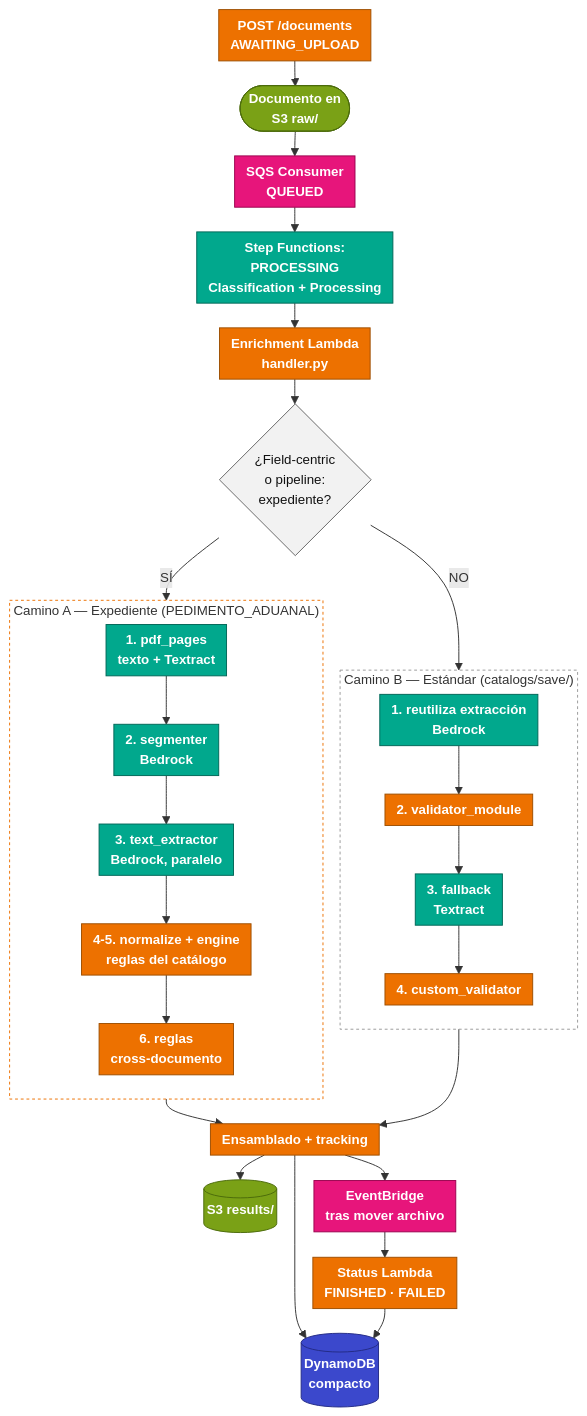
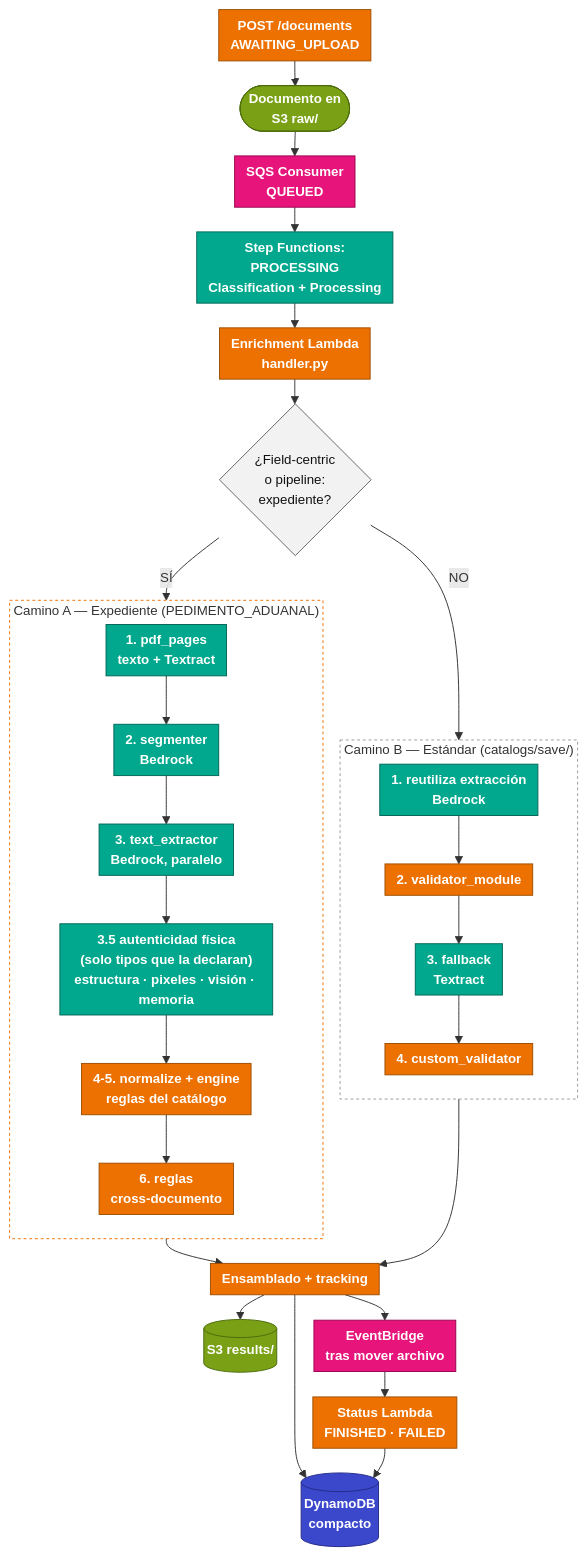
The diagram in documentacion/diagrams/flujo-ejecucion.mmd (LuisHM5/idp), drawn with Mermaid before and after one commit. The commit also changed 58 other files, not shown here.

```diff
--- a/documentacion/diagrams/flujo-ejecucion.mmd
+++ b/documentacion/diagrams/flujo-ejecucion.mmd
@@ -1,48 +1,49 @@
 %%{init: {'flowchart': {'nodeSpacing': 18, 'rankSpacing': 26, 'padding': 6, 'curve': 'basis'}, 'themeVariables': {'fontSize': '14px'}}}%%
 flowchart TD
     REGISTER["POST /documents<br/>AWAITING_UPLOAD"]:::compute --> START(["Documento en<br/>S3 raw/"]):::storage
     START --> QUEUE["SQS Consumer<br/>QUEUED"]:::integration
     QUEUE --> SFNPRE["Step Functions:<br/>PROCESSING<br/>Classification + Processing"]:::ml
     SFNPRE --> H["Enrichment Lambda<br/>handler.py"]:::compute
     H --> DEC{"¿Field-centric<br/>o pipeline:<br/>expediente?"}:::decision
 
     DEC -->|"SÍ"| CAMINOA
     DEC -->|"NO"| CAMINOB
 
     subgraph CAMINOA["Camino A — Expediente (PEDIMENTO_ADUANAL)"]
         direction TB
         P1["1. pdf_pages<br/>texto + Textract"]:::ml
         P2["2. segmenter<br/>Bedrock"]:::ml
         P3["3. text_extractor<br/>Bedrock, paralelo"]:::ml
+        P35["3.5 autenticidad física<br/>(solo tipos que la declaran)<br/>estructura · pixeles · visión · memoria"]:::ml
         P4["4-5. normalize + engine<br/>reglas del catálogo"]:::compute
         P6["6. reglas<br/>cross-documento"]:::compute
-        P1 --> P2 --> P3 --> P4 --> P6
+        P1 --> P2 --> P3 --> P35 --> P4 --> P6
     end
 
     subgraph CAMINOB["Camino B — Estándar (catalogs/save/)"]
         direction TB
         S1["1. reutiliza extracción<br/>Bedrock"]:::ml
         S2["2. validator_module"]:::compute
         S3["3. fallback<br/>Textract"]:::ml
         S4["4. custom_validator"]:::compute
         S1 --> S2 --> S3 --> S4
     end
 
     CAMINOA --> ASM
     CAMINOB --> ASM["Ensamblado + tracking"]:::compute
 
     ASM --> S3R[("S3 results/")]:::storage
     ASM --> DDB[("DynamoDB<br/>compacto")]:::database
     ASM --> EB["EventBridge<br/>tras mover archivo"]:::integration
     EB --> TERMINAL["Status Lambda<br/>FINISHED · FAILED"]:::compute
     TERMINAL --> DDB
 
     classDef compute fill:#ED7100,stroke:#9D4E00,color:#fff,font-weight:bold
     classDef storage fill:#7AA116,stroke:#4B6B0B,color:#fff,font-weight:bold
     classDef database fill:#3B48CC,stroke:#232B85,color:#fff,font-weight:bold
     classDef integration fill:#E7157B,stroke:#99034F,color:#fff,font-weight:bold
     classDef ml fill:#01A88D,stroke:#016657,color:#fff,font-weight:bold
     classDef decision fill:#F2F2F2,stroke:#666,color:#111
 
     style CAMINOA fill:transparent,stroke:#ED7100,stroke-width:1px,stroke-dasharray: 3 3,color:#333
     style CAMINOB fill:transparent,stroke:#999,stroke-width:1px,stroke-dasharray: 3 3,color:#333
```
